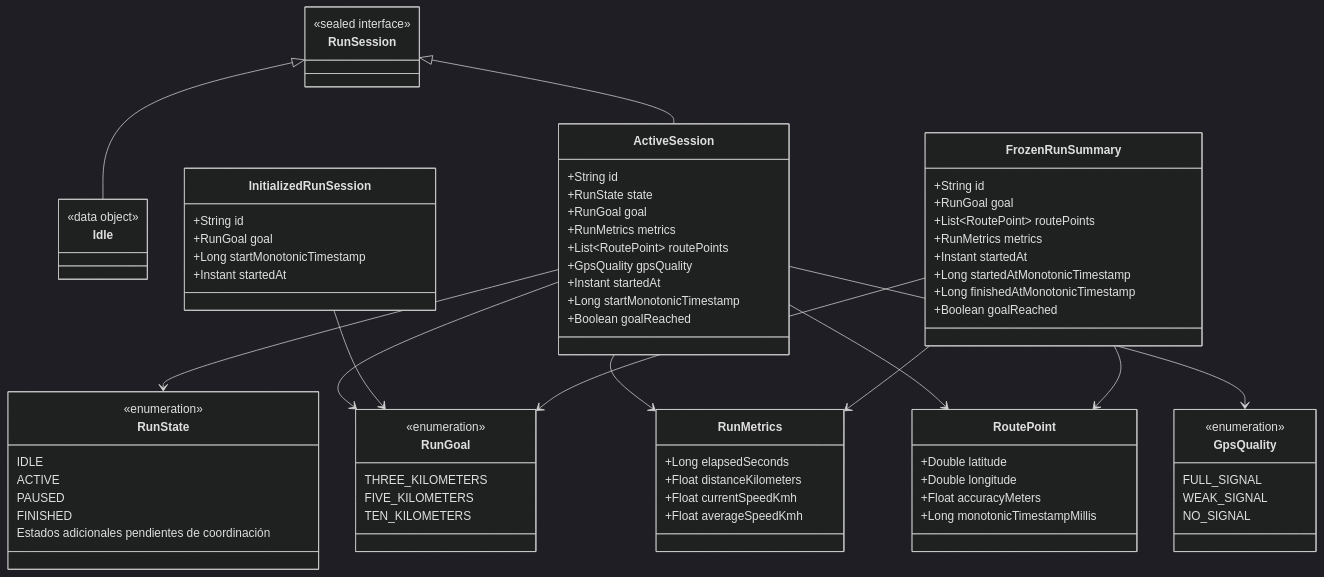
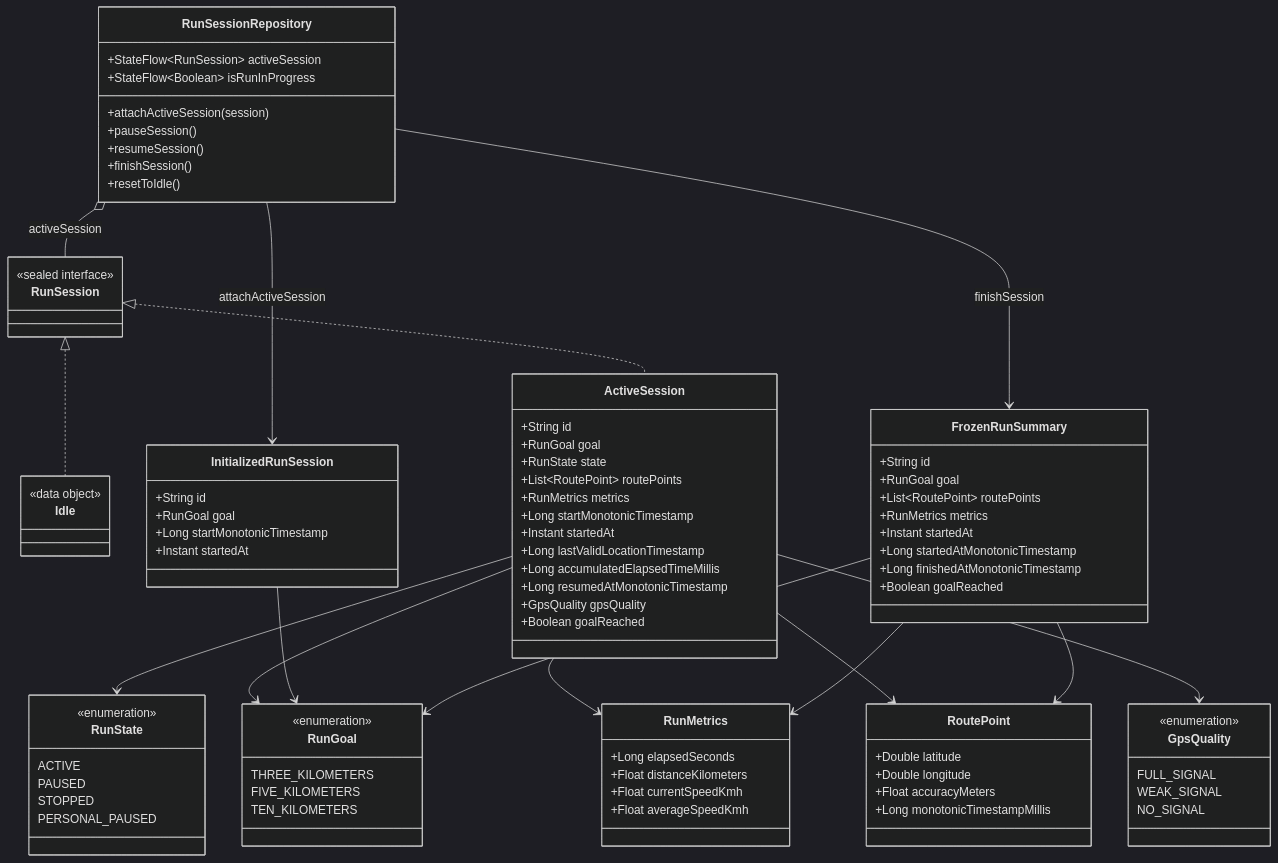
Before and after one commit to unlam-tec-movil/A3-2026-H2-E2: the fifth of 5 diagrams in .kiro/specs/live-route-tracking/design.md, drawn with Mermaid (dark theme). The commit also changed other lines of this file, not shown here.

````diff
--- a/.kiro/specs/live-route-tracking/design.md
+++ b/.kiro/specs/live-route-tracking/design.md
@@ -1024,32 +1081,34 @@
 ```mermaid
 classDiagram
     class RunSession {
-        <<sealed interface>>
+    <<sealed interface>>
+    
     }
-
     class Idle {
-        <<data object>>
+    <<data object>>
     }
 
     class ActiveSession {
-        +String id
-        +RunState state
-        +RunGoal goal
-        +RunMetrics metrics
-        +List~RoutePoint~ routePoints
-        +GpsQuality gpsQuality
-        +Instant startedAt
-        +Long startMonotonicTimestamp
-        +Boolean goalReached
+    +String id
+    +RunGoal goal
+    +RunState state
+    +List~RoutePoint~ routePoints
+    +RunMetrics metrics
+    +Long startMonotonicTimestamp
+    +Instant startedAt
+    +Long lastValidLocationTimestamp
+    +Long accumulatedElapsedTimeMillis
+    +Long resumedAtMonotonicTimestamp
+    +GpsQuality gpsQuality
+    +Boolean goalReached
     }
 
     class RunState {
         <<enumeration>>
-        IDLE
         ACTIVE
         PAUSED
-        FINISHED
-        Estados adicionales pendientes de coordinación
+        STOPPED
+        PERSONAL_PAUSED
     }
 
     class RunGoal {
@@ -1098,15 +1157,32 @@
         +Boolean goalReached
     }
 
-    RunSession <|-- Idle
-    RunSession <|-- ActiveSession
+    class RunSessionRepository {
+        +StateFlow~RunSession~ activeSession
+        +StateFlow~Boolean~ isRunInProgress
+        +attachActiveSession(session)
+        +pauseSession()
+        +resumeSession()
+        +finishSession()
+        +resetToIdle()
+    }
+
+    RunSession <|.. Idle
+    RunSession <|.. ActiveSession
+
     ActiveSession --> RunState
     ActiveSession --> RunGoal
     ActiveSession --> RunMetrics
     ActiveSession --> RoutePoint
     ActiveSession --> GpsQuality
+
     InitializedRunSession --> RunGoal
+
     FrozenRunSummary --> RunGoal
+    FrozenRunSummary --> RunMetrics
     FrozenRunSummary --> RoutePoint
-    FrozenRunSummary --> RunMetrics
+
+    RunSessionRepository o-- RunSession : activeSession
+    RunSessionRepository --> FrozenRunSummary : finishSession
+    RunSessionRepository --> InitializedRunSession : attachActiveSession
 ```
````
